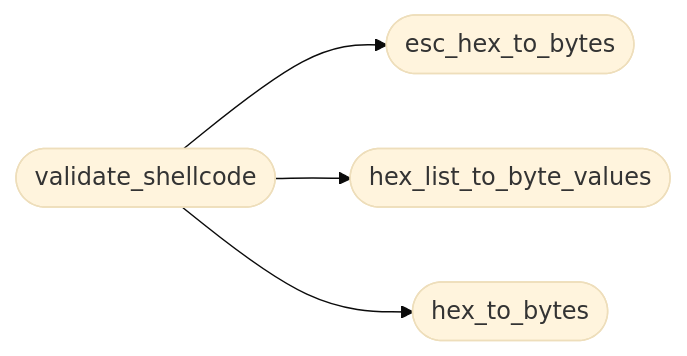
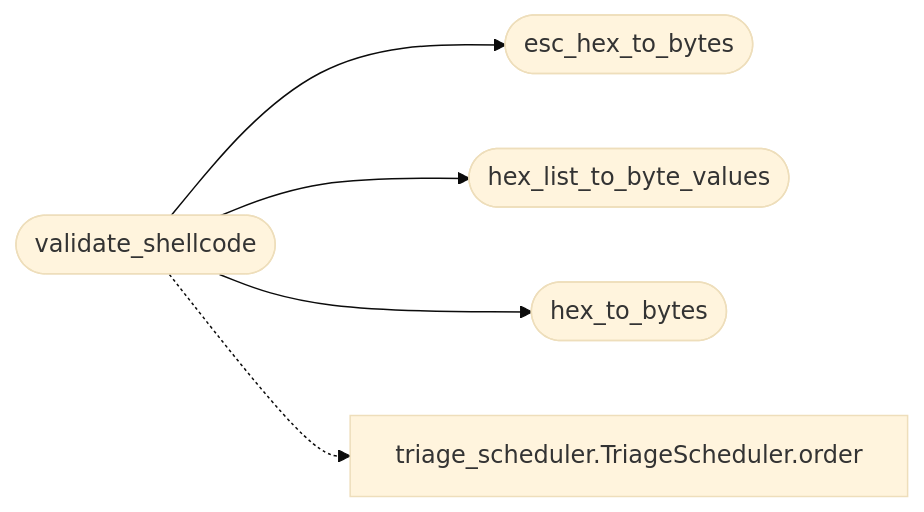
One commit to grisuno/LazyOwn changed the diagram in readmenator-apidocs/modules/plugins.validate_shellcode.lua.md. Above: the diagram before and after it, drawn with Mermaid (base theme). The commit also changed other lines of this file and 464 other files, not shown here.

````diff
--- a/readmenator-apidocs/modules/plugins.validate_shellcode.lua.md
+++ b/readmenator-apidocs/modules/plugins.validate_shellcode.lua.md
@@ -13,10 +13,12 @@
 ```mermaid
 flowchart LR
     n_plugins_validate_shellcode_lua__validate_shellcode(["validate_shellcode"])
     n_plugins_validate_shellcode_lua__esc_hex_to_bytes(["esc_hex_to_bytes"])
     n_plugins_validate_shellcode_lua__hex_list_to_byte_values(["hex_list_to_byte_values"])
     n_plugins_validate_shellcode_lua__hex_to_bytes(["hex_to_bytes"])
+    n_modules_loop_triage_scheduler_py__TriageScheduler_order["triage_scheduler.TriageScheduler.order"]
     n_plugins_validate_shellcode_lua__validate_shellcode --> n_plugins_validate_shellcode_lua__esc_hex_to_bytes
     n_plugins_validate_shellcode_lua__validate_shellcode --> n_plugins_validate_shellcode_lua__hex_list_to_byte_values
     n_plugins_validate_shellcode_lua__validate_shellcode --> n_plugins_validate_shellcode_lua__hex_to_bytes
+    n_plugins_validate_shellcode_lua__validate_shellcode -.-> n_modules_loop_triage_scheduler_py__TriageScheduler_order
 ```
````
